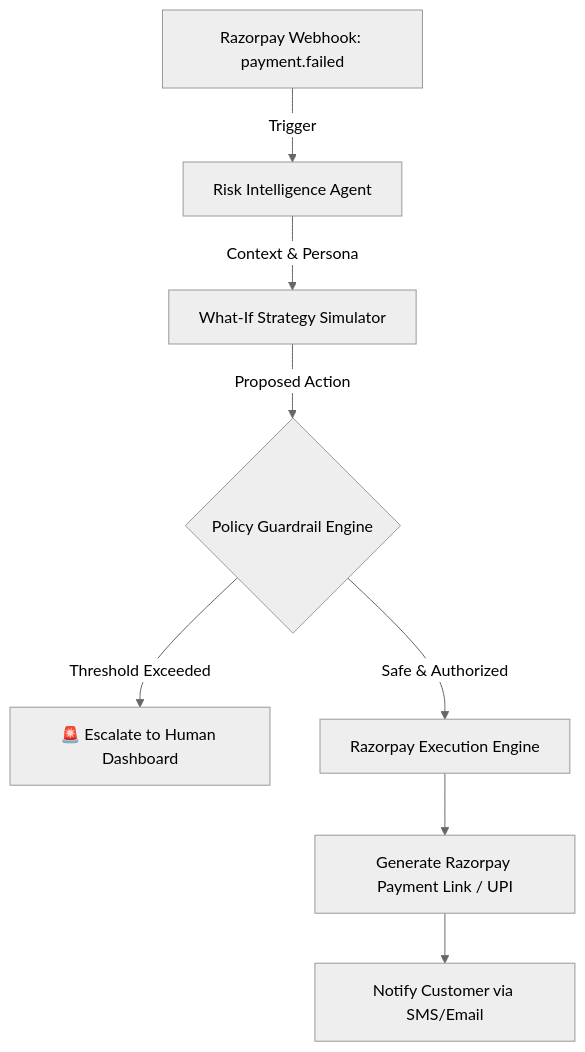
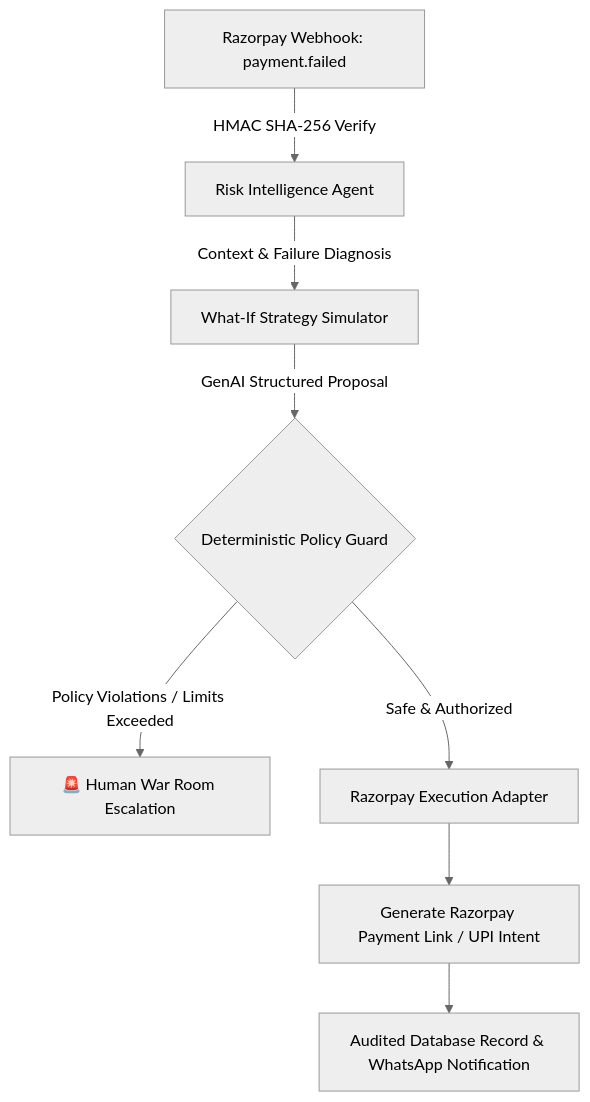
The diagram in README.md (Rakshitha-cpu/RevenueOS), drawn with Mermaid (neutral theme) before and after one commit. The commit also changed other lines of this file and 7 other files, not shown here.

````diff
--- a/README.md
+++ b/README.md
@@ -39,10 +35,10 @@
 ```mermaid
 graph TD
-    A[Razorpay Webhook: payment.failed] -->|Trigger| B[Risk Intelligence Agent]
-    B -->|Context & Persona| C[What-If Strategy Simulator]
-    C -->|Proposed Action| D{Policy Guardrail Engine}
-    D -- Threshold Exceeded --> E[🚨 Escalate to Human Dashboard]
-    D -- Safe & Authorized --> F[Razorpay Execution Engine]
-    F --> G[Generate Razorpay Payment Link / UPI]
-    G --> H[Notify Customer via SMS/Email]
+    A[Razorpay Webhook: payment.failed] -->|HMAC SHA-256 Verify| B[Risk Intelligence Agent]
+    B -->|Context & Failure Diagnosis| C[What-If Strategy Simulator]
+    C -->|GenAI Structured Proposal| D{Deterministic Policy Guard}
+    D -- Policy Violations / Limits Exceeded --> E[🚨 Human War Room Escalation]
+    D -- Safe & Authorized --> F[Razorpay Execution Adapter]
+    F --> G[Generate Razorpay Payment Link / UPI Intent]
+    G --> H[Audited Database Record & WhatsApp Notification]
 ```
````
